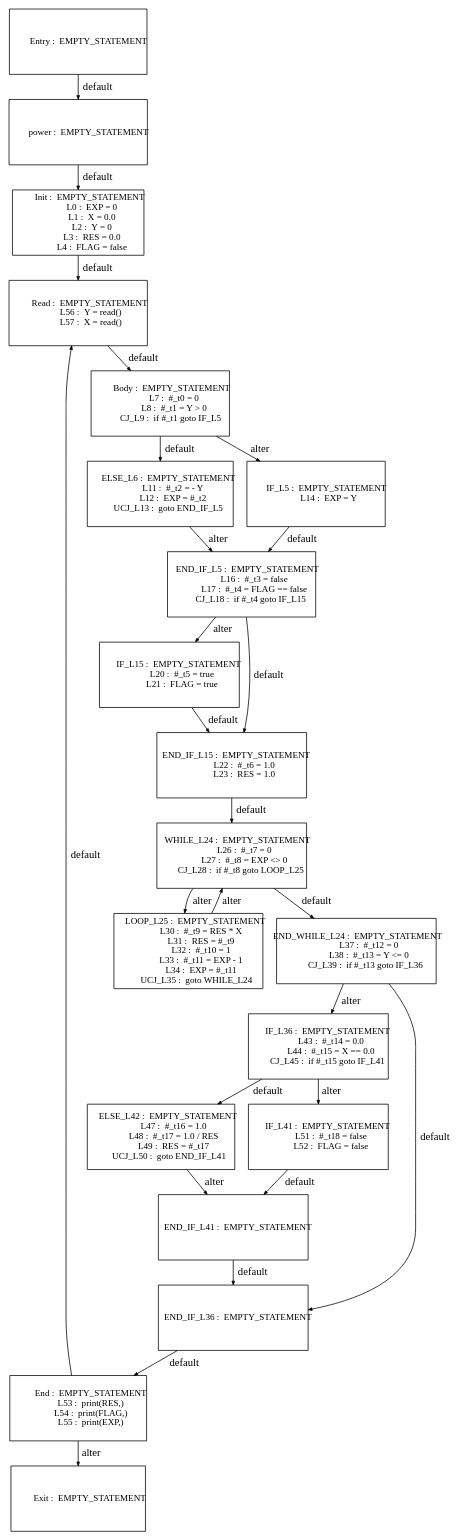
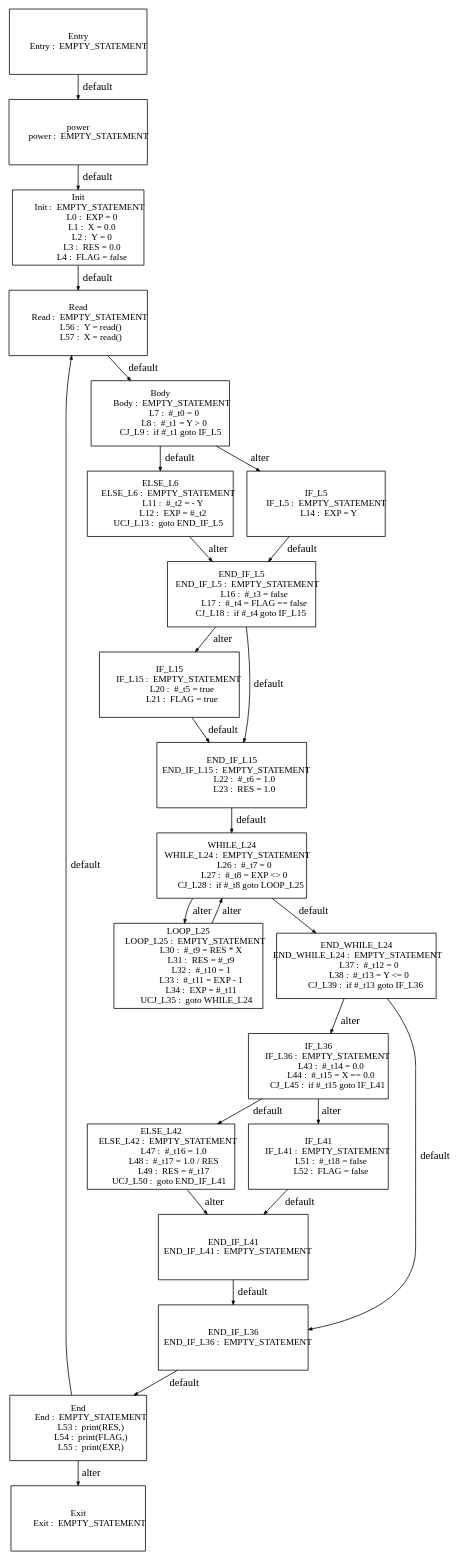
The diagram in tests_programs/paper1_tests/power_output/Graph_CP_0.dot (Geoffrey1014/ST_DSE), drawn with Graphviz before and after one commit. The commit also changed 25 other files, not shown here.

```diff
--- a/tests_programs/paper1_tests/power_output/Graph_CP_0.dot
+++ b/tests_programs/paper1_tests/power_output/Graph_CP_0.dot
@@ -3,167 +3,211 @@
   edge [arrowsize=.5]
   node [shape=rectangle, fontname="ArialNarrow",
         fontsize=12,  height=1.2];
-  "          power :  EMPTY_STATEMENT
-"; "           Init :  EMPTY_STATEMENT
+  "power
+          power :  EMPTY_STATEMENT
+"; "Init
+           Init :  EMPTY_STATEMENT
              L0 :  EXP = 0
              L1 :  X = 0.0
              L2 :  Y = 0
              L3 :  RES = 0.0
              L4 :  FLAG = false
-"; "           Body :  EMPTY_STATEMENT
+"; "Body
+           Body :  EMPTY_STATEMENT
              L7 :  #_t0 = 0
              L8 :  #_t1 = Y > 0
           CJ_L9 :  if #_t1 goto IF_L5
-"; "        ELSE_L6 :  EMPTY_STATEMENT
+"; "ELSE_L6
+        ELSE_L6 :  EMPTY_STATEMENT
             L11 :  #_t2 = - Y
             L12 :  EXP = #_t2
         UCJ_L13 :  goto END_IF_L5
-"; "          IF_L5 :  EMPTY_STATEMENT
+"; "IF_L5
+          IF_L5 :  EMPTY_STATEMENT
             L14 :  EXP = Y
-"; "      END_IF_L5 :  EMPTY_STATEMENT
+"; "END_IF_L5
+      END_IF_L5 :  EMPTY_STATEMENT
             L16 :  #_t3 = false
             L17 :  #_t4 = FLAG == false
          CJ_L18 :  if #_t4 goto IF_L15
-"; "         IF_L15 :  EMPTY_STATEMENT
+"; "IF_L15
+         IF_L15 :  EMPTY_STATEMENT
             L20 :  #_t5 = true
             L21 :  FLAG = true
-"; "     END_IF_L15 :  EMPTY_STATEMENT
+"; "END_IF_L15
+     END_IF_L15 :  EMPTY_STATEMENT
             L22 :  #_t6 = 1.0
             L23 :  RES = 1.0
-"; "      WHILE_L24 :  EMPTY_STATEMENT
+"; "WHILE_L24
+      WHILE_L24 :  EMPTY_STATEMENT
             L26 :  #_t7 = 0
             L27 :  #_t8 = EXP <> 0
          CJ_L28 :  if #_t8 goto LOOP_L25
-"; "       LOOP_L25 :  EMPTY_STATEMENT
+"; "LOOP_L25
+       LOOP_L25 :  EMPTY_STATEMENT
             L30 :  #_t9 = RES * X
             L31 :  RES = #_t9
             L32 :  #_t10 = 1
             L33 :  #_t11 = EXP - 1
             L34 :  EXP = #_t11
         UCJ_L35 :  goto WHILE_L24
-"; "  END_WHILE_L24 :  EMPTY_STATEMENT
+"; "END_WHILE_L24
+  END_WHILE_L24 :  EMPTY_STATEMENT
             L37 :  #_t12 = 0
             L38 :  #_t13 = Y <= 0
          CJ_L39 :  if #_t13 goto IF_L36
-"; "         IF_L36 :  EMPTY_STATEMENT
+"; "IF_L36
+         IF_L36 :  EMPTY_STATEMENT
             L43 :  #_t14 = 0.0
             L44 :  #_t15 = X == 0.0
          CJ_L45 :  if #_t15 goto IF_L41
-"; "       ELSE_L42 :  EMPTY_STATEMENT
+"; "ELSE_L42
+       ELSE_L42 :  EMPTY_STATEMENT
             L47 :  #_t16 = 1.0
             L48 :  #_t17 = 1.0 / RES
             L49 :  RES = #_t17
         UCJ_L50 :  goto END_IF_L41
-"; "         IF_L41 :  EMPTY_STATEMENT
+"; "IF_L41
+         IF_L41 :  EMPTY_STATEMENT
             L51 :  #_t18 = false
             L52 :  FLAG = false
-"; "     END_IF_L41 :  EMPTY_STATEMENT
-"; "     END_IF_L36 :  EMPTY_STATEMENT
-"; "          Entry :  EMPTY_STATEMENT
-"; "            End :  EMPTY_STATEMENT
+"; "END_IF_L41
+     END_IF_L41 :  EMPTY_STATEMENT
+"; "END_IF_L36
+     END_IF_L36 :  EMPTY_STATEMENT
+"; "Entry
+          Entry :  EMPTY_STATEMENT
+"; "End
+            End :  EMPTY_STATEMENT
             L53 :  print(RES,)
             L54 :  print(FLAG,)
             L55 :  print(EXP,)
-"; "           Read :  EMPTY_STATEMENT
+"; "Read
+           Read :  EMPTY_STATEMENT
             L56 :  Y = read()
             L57 :  X = read()
-"; "           Exit :  EMPTY_STATEMENT
+"; "Exit
+           Exit :  EMPTY_STATEMENT
 "; 
-  "          power :  EMPTY_STATEMENT
-" -> "           Init :  EMPTY_STATEMENT
+  "power
+          power :  EMPTY_STATEMENT
+" -> "Init
+           Init :  EMPTY_STATEMENT
              L0 :  EXP = 0
              L1 :  X = 0.0
              L2 :  Y = 0
              L3 :  RES = 0.0
              L4 :  FLAG = false
 "  [label="default"];
-  "           Init :  EMPTY_STATEMENT
+  "Init
+           Init :  EMPTY_STATEMENT
              L0 :  EXP = 0
              L1 :  X = 0.0
              L2 :  Y = 0
              L3 :  RES = 0.0
              L4 :  FLAG = false
-" -> "           Read :  EMPTY_STATEMENT
+" -> "Read
+           Read :  EMPTY_STATEMENT
             L56 :  Y = read()
             L57 :  X = read()
 "  [label="default"];
-  "           Body :  EMPTY_STATEMENT
+  "Body
+           Body :  EMPTY_STATEMENT
              L7 :  #_t0 = 0
              L8 :  #_t1 = Y > 0
           CJ_L9 :  if #_t1 goto IF_L5
-" -> "        ELSE_L6 :  EMPTY_STATEMENT
+" -> "ELSE_L6
+        ELSE_L6 :  EMPTY_STATEMENT
             L11 :  #_t2 = - Y
             L12 :  EXP = #_t2
         UCJ_L13 :  goto END_IF_L5
 "  [label="default"];
-  "           Body :  EMPTY_STATEMENT
+  "Body
+           Body :  EMPTY_STATEMENT
              L7 :  #_t0 = 0
              L8 :  #_t1 = Y > 0
           CJ_L9 :  if #_t1 goto IF_L5
-" -> "          IF_L5 :  EMPTY_STATEMENT
+" -> "IF_L5
+          IF_L5 :  EMPTY_STATEMENT
             L14 :  EXP = Y
 "  [label="alter"];
-  "        ELSE_L6 :  EMPTY_STATEMENT
+  "ELSE_L6
+        ELSE_L6 :  EMPTY_STATEMENT
             L11 :  #_t2 = - Y
             L12 :  EXP = #_t2
         UCJ_L13 :  goto END_IF_L5
-" -> "      END_IF_L5 :  EMPTY_STATEMENT
+" -> "END_IF_L5
+      END_IF_L5 :  EMPTY_STATEMENT
             L16 :  #_t3 = false
             L17 :  #_t4 = FLAG == false
          CJ_L18 :  if #_t4 goto IF_L15
 "  [label="alter"];
-  "          IF_L5 :  EMPTY_STATEMENT
+  "IF_L5
+          IF_L5 :  EMPTY_STATEMENT
             L14 :  EXP = Y
-" -> "      END_IF_L5 :  EMPTY_STATEMENT
+" -> "END_IF_L5
+      END_IF_L5 :  EMPTY_STATEMENT
             L16 :  #_t3 = false
             L17 :  #_t4 = FLAG == false
          CJ_L18 :  if #_t4 goto IF_L15
 "  [label="default"];
-  "      END_IF_L5 :  EMPTY_STATEMENT
+  "END_IF_L5
+      END_IF_L5 :  EMPTY_STATEMENT
             L16 :  #_t3 = false
             L17 :  #_t4 = FLAG == false
          CJ_L18 :  if #_t4 goto IF_L15
-" -> "     END_IF_L15 :  EMPTY_STATEMENT
+" -> "END_IF_L15
+     END_IF_L15 :  EMPTY_STATEMENT
             L22 :  #_t6 = 1.0
             L23 :  RES = 1.0
 "  [label="default"];
-  "      END_IF_L5 :  EMPTY_STATEMENT
+  "END_IF_L5
+      END_IF_L5 :  EMPTY_STATEMENT
             L16 :  #_t3 = false
             L17 :  #_t4 = FLAG == false
          CJ_L18 :  if #_t4 goto IF_L15
-" -> "         IF_L15 :  EMPTY_STATEMENT
+" -> "IF_L15
+         IF_L15 :  EMPTY_STATEMENT
             L20 :  #_t5 = true
             L21 :  FLAG = true
 "  [label="alter"];
-  "         IF_L15 :  EMPTY_STATEMENT
+  "IF_L15
+         IF_L15 :  EMPTY_STATEMENT
             L20 :  #_t5 = true
             L21 :  FLAG = true
-" -> "     END_IF_L15 :  EMPTY_STATEMENT
+" -> "END_IF_L15
+     END_IF_L15 :  EMPTY_STATEMENT
             L22 :  #_t6 = 1.0
             L23 :  RES = 1.0
 "  [label="default"];
-  "     END_IF_L15 :  EMPTY_STATEMENT
+  "END_IF_L15
+     END_IF_L15 :  EMPTY_STATEMENT
             L22 :  #_t6 = 1.0
             L23 :  RES = 1.0
-" -> "      WHILE_L24 :  EMPTY_STATEMENT
+" -> "WHILE_L24
+      WHILE_L24 :  EMPTY_STATEMENT
             L26 :  #_t7 = 0
             L27 :  #_t8 = EXP <> 0
          CJ_L28 :  if #_t8 goto LOOP_L25
 "  [label="default"];
-  "      WHILE_L24 :  EMPTY_STATEMENT
+  "WHILE_L24
+      WHILE_L24 :  EMPTY_STATEMENT
             L26 :  #_t7 = 0
             L27 :  #_t8 = EXP <> 0
          CJ_L28 :  if #_t8 goto LOOP_L25
-" -> "  END_WHILE_L24 :  EMPTY_STATEMENT
+" -> "END_WHILE_L24
+  END_WHILE_L24 :  EMPTY_STATEMENT
             L37 :  #_t12 = 0
             L38 :  #_t13 = Y <= 0
          CJ_L39 :  if #_t13 goto IF_L36
 "  [label="default"];
-  "      WHILE_L24 :  EMPTY_STATEMENT
+  "WHILE_L24
+      WHILE_L24 :  EMPTY_STATEMENT
             L26 :  #_t7 = 0
             L27 :  #_t8 = EXP <> 0
          CJ_L28 :  if #_t8 goto LOOP_L25
-" -> "       LOOP_L25 :  EMPTY_STATEMENT
+" -> "LOOP_L25
+       LOOP_L25 :  EMPTY_STATEMENT
             L30 :  #_t9 = RES * X
             L31 :  RES = #_t9
             L32 :  #_t10 = 1
@@ -171,93 +215,119 @@
             L34 :  EXP = #_t11
         UCJ_L35 :  goto WHILE_L24
 "  [label="alter"];
-  "       LOOP_L25 :  EMPTY_STATEMENT
+  "LOOP_L25
+       LOOP_L25 :  EMPTY_STATEMENT
             L30 :  #_t9 = RES * X
             L31 :  RES = #_t9
             L32 :  #_t10 = 1
             L33 :  #_t11 = EXP - 1
             L34 :  EXP = #_t11
         UCJ_L35 :  goto WHILE_L24
-" -> "      WHILE_L24 :  EMPTY_STATEMENT
+" -> "WHILE_L24
+      WHILE_L24 :  EMPTY_STATEMENT
             L26 :  #_t7 = 0
             L27 :  #_t8 = EXP <> 0
          CJ_L28 :  if #_t8 goto LOOP_L25
 "  [label="alter"];
-  "  END_WHILE_L24 :  EMPTY_STATEMENT
+  "END_WHILE_L24
+  END_WHILE_L24 :  EMPTY_STATEMENT
             L37 :  #_t12 = 0
             L38 :  #_t13 = Y <= 0
          CJ_L39 :  if #_t13 goto IF_L36
-" -> "     END_IF_L36 :  EMPTY_STATEMENT
+" -> "END_IF_L36
+     END_IF_L36 :  EMPTY_STATEMENT
 "  [label="default"];
-  "  END_WHILE_L24 :  EMPTY_STATEMENT
+  "END_WHILE_L24
+  END_WHILE_L24 :  EMPTY_STATEMENT
             L37 :  #_t12 = 0
             L38 :  #_t13 = Y <= 0
          CJ_L39 :  if #_t13 goto IF_L36
-" -> "         IF_L36 :  EMPTY_STATEMENT
+" -> "IF_L36
+         IF_L36 :  EMPTY_STATEMENT
             L43 :  #_t14 = 0.0
             L44 :  #_t15 = X == 0.0
          CJ_L45 :  if #_t15 goto IF_L41
 "  [label="alter"];
-  "         IF_L36 :  EMPTY_STATEMENT
+  "IF_L36
+         IF_L36 :  EMPTY_STATEMENT
             L43 :  #_t14 = 0.0
             L44 :  #_t15 = X == 0.0
          CJ_L45 :  if #_t15 goto IF_L41
-" -> "       ELSE_L42 :  EMPTY_STATEMENT
+" -> "ELSE_L42
+       ELSE_L42 :  EMPTY_STATEMENT
             L47 :  #_t16 = 1.0
             L48 :  #_t17 = 1.0 / RES
             L49 :  RES = #_t17
         UCJ_L50 :  goto END_IF_L41
 "  [label="default"];
-  "         IF_L36 :  EMPTY_STATEMENT
+  "IF_L36
+         IF_L36 :  EMPTY_STATEMENT
             L43 :  #_t14 = 0.0
             L44 :  #_t15 = X == 0.0
          CJ_L45 :  if #_t15 goto IF_L41
-" -> "         IF_L41 :  EMPTY_STATEMENT
+" -> "IF_L41
+         IF_L41 :  EMPTY_STATEMENT
             L51 :  #_t18 = false
             L52 :  FLAG = false
 "  [label="alter"];
-  "       ELSE_L42 :  EMPTY_STATEMENT
+  "ELSE_L42
+       ELSE_L42 :  EMPTY_STATEMENT
             L47 :  #_t16 = 1.0
             L48 :  #_t17 = 1.0 / RES
             L49 :  RES = #_t17
         UCJ_L50 :  goto END_IF_L41
-" -> "     END_IF_L41 :  EMPTY_STATEMENT
+" -> "END_IF_L41
+     END_IF_L41 :  EMPTY_STATEMENT
 "  [label="alter"];
-  "         IF_L41 :  EMPTY_STATEMENT
+  "IF_L41
+         IF_L41 :  EMPTY_STATEMENT
             L51 :  #_t18 = false
             L52 :  FLAG = false
-" -> "     END_IF_L41 :  EMPTY_STATEMENT
+" -> "END_IF_L41
+     END_IF_L41 :  EMPTY_STATEMENT
 "  [label="default"];
-  "     END_IF_L41 :  EMPTY_STATEMENT
-" -> "     END_IF_L36 :  EMPTY_STATEMENT
+  "END_IF_L41
+     END_IF_L41 :  EMPTY_STATEMENT
+" -> "END_IF_L36
+     END_IF_L36 :  EMPTY_STATEMENT
 "  [label="default"];
-  "     END_IF_L36 :  EMPTY_STATEMENT
-" -> "            End :  EMPTY_STATEMENT
+  "END_IF_L36
+     END_IF_L36 :  EMPTY_STATEMENT
+" -> "End
+            End :  EMPTY_STATEMENT
             L53 :  print(RES,)
             L54 :  print(FLAG,)
             L55 :  print(EXP,)
 "  [label="default"];
-  "          Entry :  EMPTY_STATEMENT
-" -> "          power :  EMPTY_STATEMENT
+  "Entry
+          Entry :  EMPTY_STATEMENT
+" -> "power
+          power :  EMPTY_STATEMENT
 "  [label="default"];
-  "            End :  EMPTY_STATEMENT
+  "End
+            End :  EMPTY_STATEMENT
             L53 :  print(RES,)
             L54 :  print(FLAG,)
             L55 :  print(EXP,)
-" -> "           Read :  EMPTY_STATEMENT
+" -> "Read
+           Read :  EMPTY_STATEMENT
             L56 :  Y = read()
             L57 :  X = read()
 "  [label="default"];
-  "            End :  EMPTY_STATEMENT
+  "End
+            End :  EMPTY_STATEMENT
             L53 :  print(RES,)
             L54 :  print(FLAG,)
             L55 :  print(EXP,)
-" -> "           Exit :  EMPTY_STATEMENT
+" -> "Exit
+           Exit :  EMPTY_STATEMENT
 "  [label="alter"];
-  "           Read :  EMPTY_STATEMENT
+  "Read
+           Read :  EMPTY_STATEMENT
             L56 :  Y = read()
             L57 :  X = read()
-" -> "           Body :  EMPTY_STATEMENT
+" -> "Body
+           Body :  EMPTY_STATEMENT
              L7 :  #_t0 = 0
              L8 :  #_t1 = Y > 0
           CJ_L9 :  if #_t1 goto IF_L5
```
